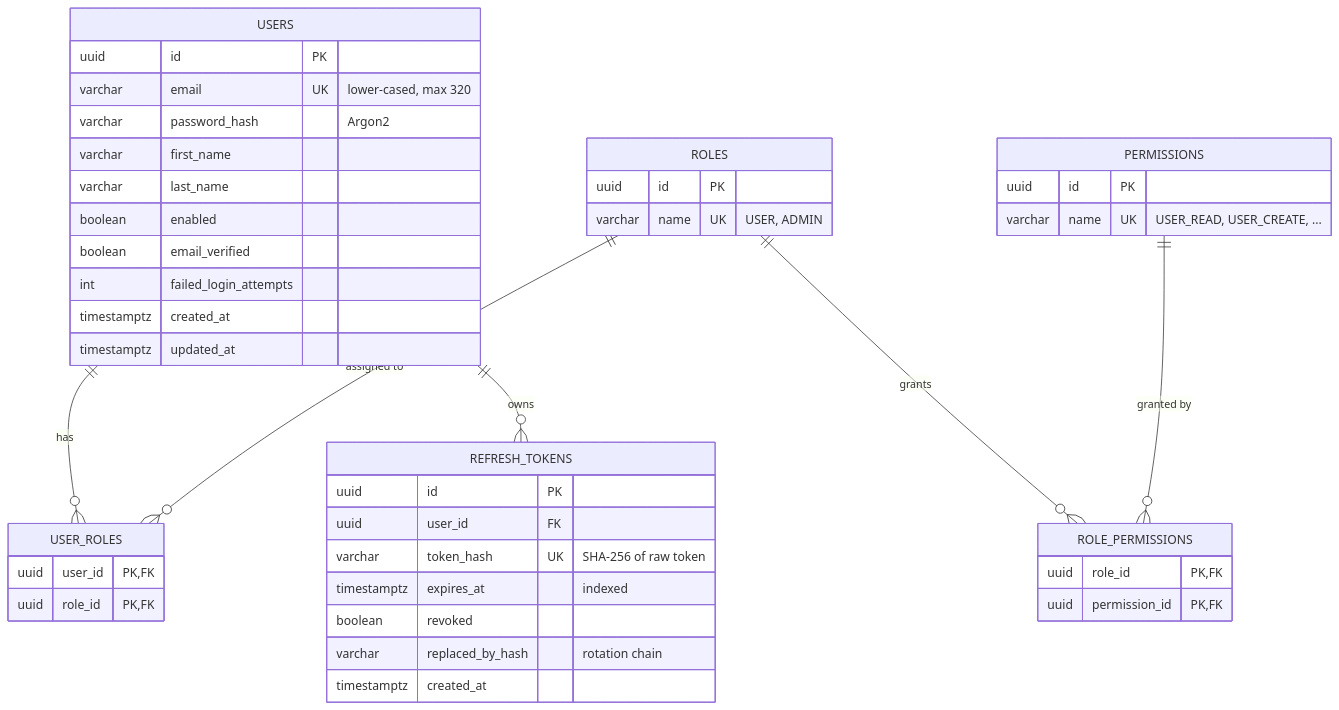
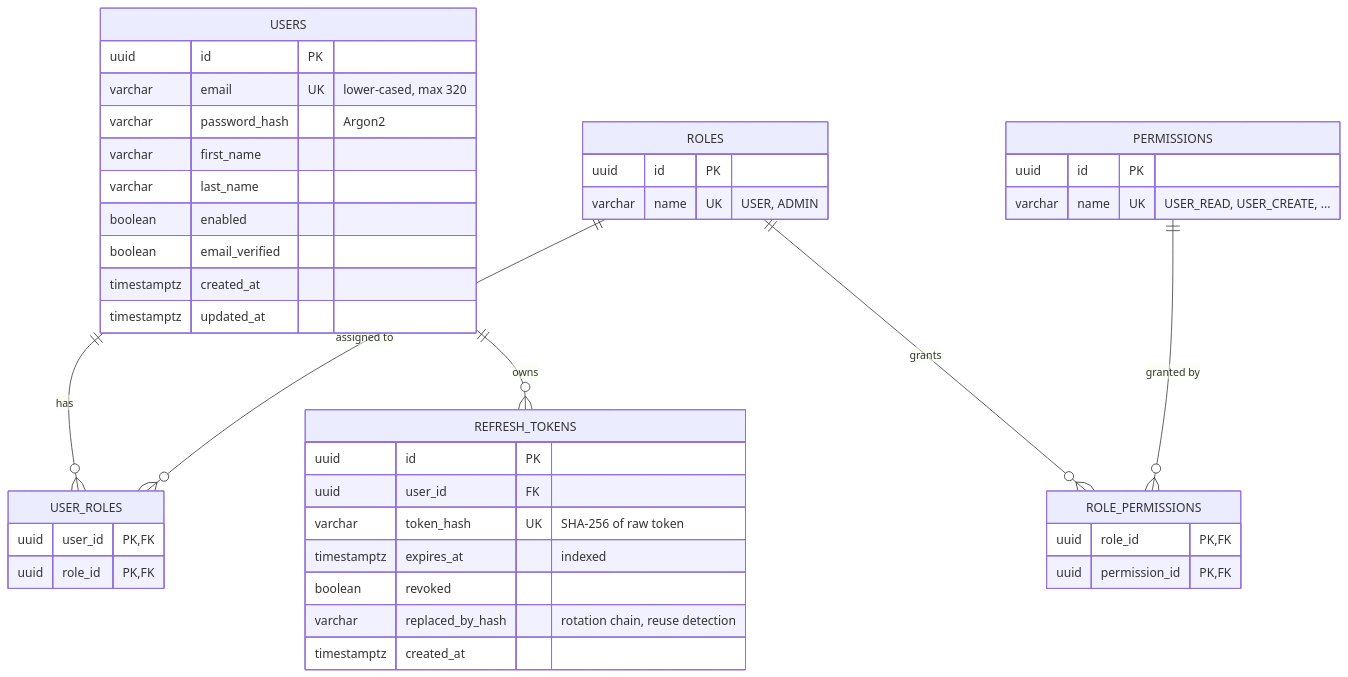
One commit to Sumit-22/user-service-auth changed the seventh of 13 diagrams in user-service/RUNNING.md. Above: the diagram before and after it, drawn with Mermaid. The commit also changed other lines of this file and 15 other files, not shown here.

First line of the commit message:
Harden auth: fix IDOR, refresh-token race and reuse detection

````diff
--- a/user-service/RUNNING.md
+++ b/user-service/RUNNING.md
@@ -307,46 +307,45 @@
 ```mermaid
 erDiagram
     USERS ||--o{ USER_ROLES : has
     ROLES ||--o{ USER_ROLES : "assigned to"
     ROLES ||--o{ ROLE_PERMISSIONS : grants
     PERMISSIONS ||--o{ ROLE_PERMISSIONS : "granted by"
     USERS ||--o{ REFRESH_TOKENS : owns
 
     USERS {
         uuid id PK
         varchar email UK "lower-cased, max 320"
         varchar password_hash "Argon2"
         varchar first_name
         varchar last_name
         boolean enabled
         boolean email_verified
-        int failed_login_attempts
         timestamptz created_at
         timestamptz updated_at
     }
     ROLES {
         uuid id PK
         varchar name UK "USER, ADMIN"
     }
     PERMISSIONS {
         uuid id PK
         varchar name UK "USER_READ, USER_CREATE, ..."
     }
     USER_ROLES {
         uuid user_id PK, FK
         uuid role_id PK, FK
     }
     ROLE_PERMISSIONS {
         uuid role_id PK, FK
         uuid permission_id PK, FK
     }
     REFRESH_TOKENS {
         uuid id PK
         uuid user_id FK
         varchar token_hash UK "SHA-256 of raw token"
         timestamptz expires_at "indexed"
         boolean revoked
-        varchar replaced_by_hash "rotation chain"
+        varchar replaced_by_hash "rotation chain, reuse detection"
         timestamptz created_at
     }
 ```
````
